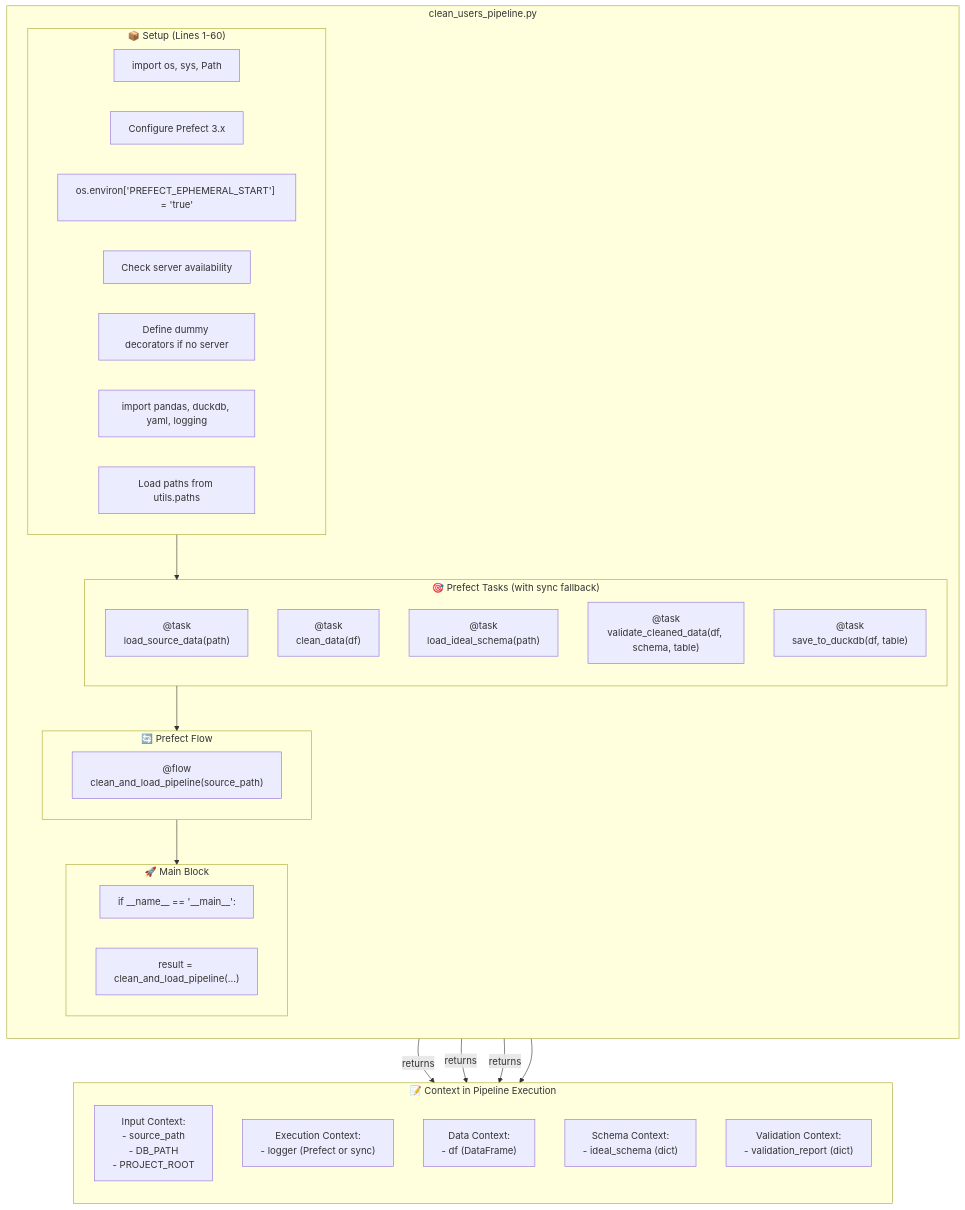
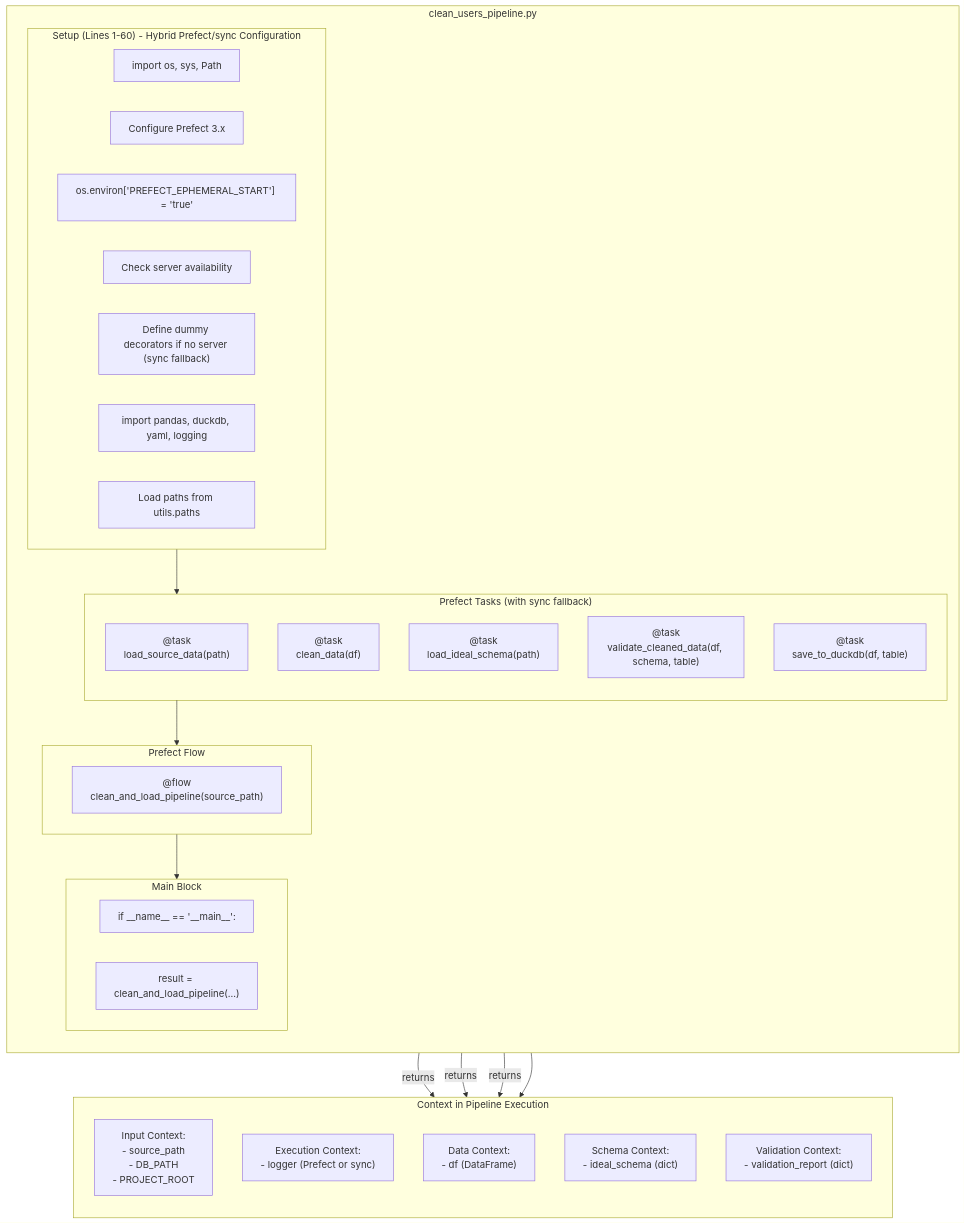
One commit to antquinonez/loops-data-ingestion changed the fifth of 10 diagrams in ARCHITECTURE.md. Above: the diagram before and after it, drawn with Mermaid. The commit also changed other lines of this file and 1 other file, not shown here.

````diff
--- a/ARCHITECTURE.md
+++ b/ARCHITECTURE.md
@@ -285,56 +371,56 @@
 ```mermaid
 flowchart TB
     subgraph Pipeline["clean_users_pipeline.py"]
         direction TB
         
-        subgraph Setup["📦 Setup (Lines 1-60)"]
+        subgraph Setup["Setup (Lines 1-60) - Hybrid Prefect/sync Configuration"]
             I1["import os, sys, Path"]
             I2["Configure Prefect 3.x"]
             I3["os.environ['PREFECT_EPHEMERAL_START'] = 'true'"]
             I4["Check server availability"]
-            I5["Define dummy decorators if no server"]
+            I5["Define dummy decorators if no server (sync fallback)"]
             I6["import pandas, duckdb, yaml, logging"]
             I7["Load paths from utils.paths"]
         end
         
-        subgraph Tasks["🎯 Prefect Tasks (with sync fallback)"]
+        subgraph Tasks["Prefect Tasks (with sync fallback)"]
             T1["@task\nload_source_data(path)"]
             T2["@task\nclean_data(df)"]
             T3["@task\nload_ideal_schema(path)"]
             T4["@task\nvalidate_cleaned_data(df, schema, table)"]
             T5["@task\nsave_to_duckdb(df, table)"]
         end
         
-        subgraph Flow["🔄 Prefect Flow"]
+        subgraph Flow["Prefect Flow"]
             F1["@flow\nclean_and_load_pipeline(source_path)"]
         end
         
-        subgraph Execution["🚀 Main Block"]
+        subgraph Execution["Main Block"]
             E1["if __name__ == '__main__':"]
             E2["result = clean_and_load_pipeline(...)"]
         end
     end
     
-    subgraph ContextInPipeline["📝 Context in Pipeline Execution"]
+    subgraph ContextInPipeline["Context in Pipeline Execution"]
         direction TB
         C1["Input Context:\n- source_path\n- DB_PATH\n- PROJECT_ROOT"]
         C2["Execution Context:\n- logger (Prefect or sync)"]
         C3["Data Context:\n- df (DataFrame)"]
         C4["Schema Context:\n- ideal_schema (dict)"]
         C5["Validation Context:\n- validation_report (dict)"]
     end
     
     Setup --> Tasks
     Tasks --> Flow
     Flow --> Execution
     Execution --> ContextInPipeline
     
     T1 -->|returns| C3
     T3 -->|returns| C4
     T4 -->|returns| C5
     
     classDef setup fill:#f3e5f5,stroke:#7b1fa2
     classDef tasks fill:#e3f2fd,stroke:#1976d2
     classDef flow fill:#c8e6c9,stroke:#2e7d32
     classDef context fill:#fff3e0,stroke:#f57c00
 ```
````
